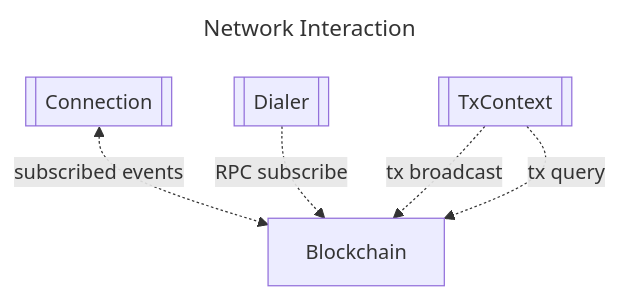
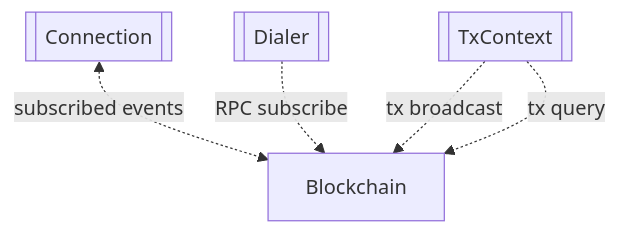
One commit to pokt-network/poktroll changed the third of 3 diagrams in docusaurus/docs/packages/pkg/client/pkg.md. Above: the diagram before and after it, drawn with Mermaid. The commit also changed other lines of this file and 2 other files, not shown here.

Commit message:
docs: consistent diagram formatting/treatment

````diff
--- a/docusaurus/docs/packages/pkg/client/pkg.md
+++ b/docusaurus/docs/packages/pkg/client/pkg.md
@@ -90,17 +92,14 @@
 ```mermaid
----
-title: Network Interaction
----
 flowchart
 
 txctx[[TxContext]]
 conn[[Connection]]
 dial[[Dialer]]
 
 chain[Blockchain]
 
 conn <-."subscribed events".-> chain
 dial -."RPC subscribe".-> chain
 txctx -."tx broadcast".-> chain
 txctx -."tx query".-> chain
 ```
````
